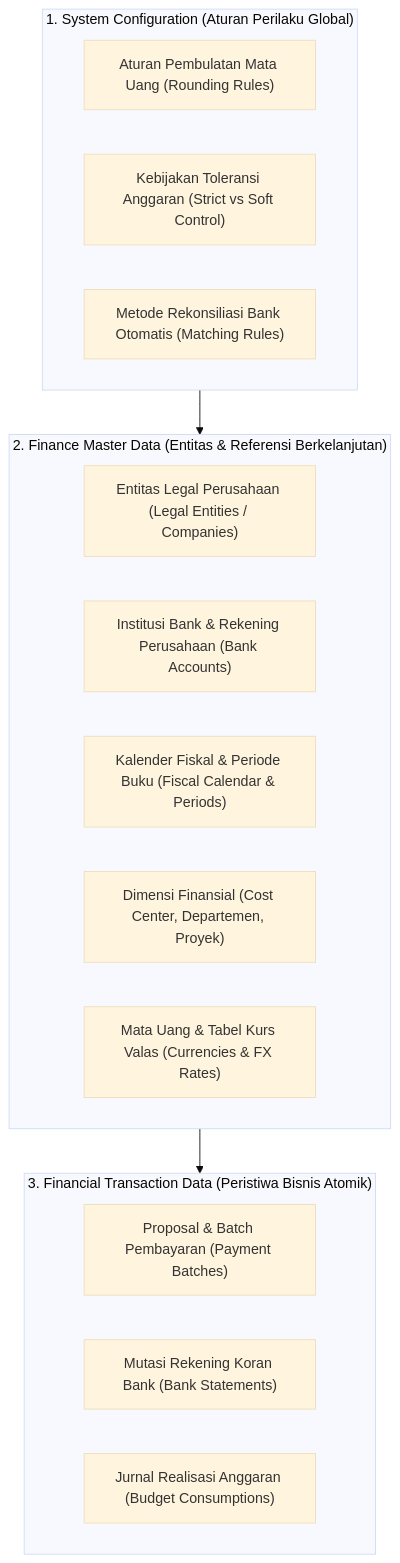
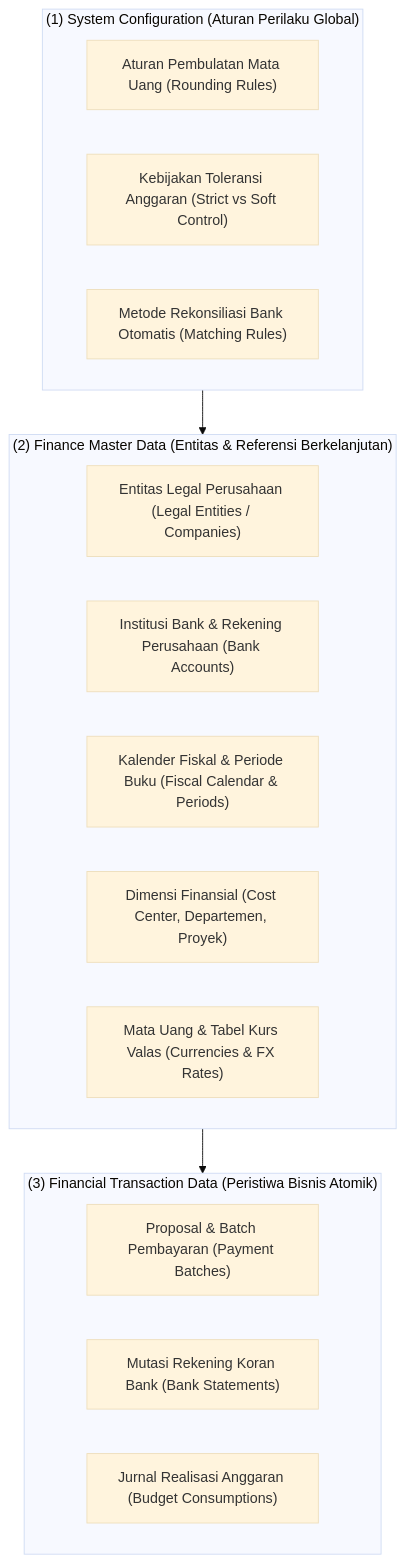
The first of 2 diagrams in content/07-finance/finance-master-data.md (alimurrofid/erp-notes), drawn with Mermaid (base theme) before and after one commit. The commit also changed 132 other files, not shown here.

````diff
--- a/content/07-finance/finance-master-data.md
+++ b/content/07-finance/finance-master-data.md
@@ -26,25 +26,25 @@
 ```mermaid
 flowchart TD
-    subgraph Config["1. System Configuration (Aturan Perilaku Global)"]
+    subgraph Config["(1) System Configuration (Aturan Perilaku Global)"]
         C1["Aturan Pembulatan Mata Uang (Rounding Rules)"]
         C2["Kebijakan Toleransi Anggaran (Strict vs Soft Control)"]
         C3["Metode Rekonsiliasi Bank Otomatis (Matching Rules)"]
     end
 
-    subgraph Master["2. Finance Master Data (Entitas & Referensi Berkelanjutan)"]
+    subgraph Master["(2) Finance Master Data (Entitas & Referensi Berkelanjutan)"]
         M1["Entitas Legal Perusahaan (Legal Entities / Companies)"]
         M2["Institusi Bank & Rekening Perusahaan (Bank Accounts)"]
         M3["Kalender Fiskal & Periode Buku (Fiscal Calendar & Periods)"]
         M4["Dimensi Finansial (Cost Center, Departemen, Proyek)"]
         M5["Mata Uang & Tabel Kurs Valas (Currencies & FX Rates)"]
     end
 
-    subgraph Trans["3. Financial Transaction Data (Peristiwa Bisnis Atomik)"]
+    subgraph Trans["(3) Financial Transaction Data (Peristiwa Bisnis Atomik)"]
         T1["Proposal & Batch Pembayaran (Payment Batches)"]
         T2["Mutasi Rekening Koran Bank (Bank Statements)"]
         T3["Jurnal Realisasi Anggaran (Budget Consumptions)"]
     end
 
     Config --> Master
     Master --> Trans
 ```
````
